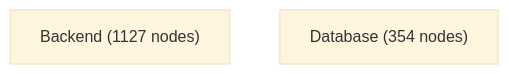
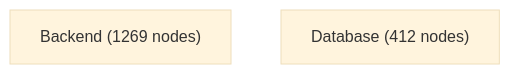
The first of 4 diagrams in docs/architecture-analysis/architecture.report.md (jankneumann/agentic-coding-tools), drawn with Mermaid (base theme) before and after one commit. The commit also changed other lines of this file and 29 other files, not shown here.

````diff
--- a/docs/architecture-analysis/architecture.report.md
+++ b/docs/architecture-analysis/architecture.report.md
@@ -469,5 +500,5 @@
 ```mermaid
 flowchart TB
-    Backend["Backend (1127 nodes)"]
-    Database["Database (354 nodes)"]
+    Backend["Backend (1269 nodes)"]
+    Database["Database (412 nodes)"]
 ```
````
